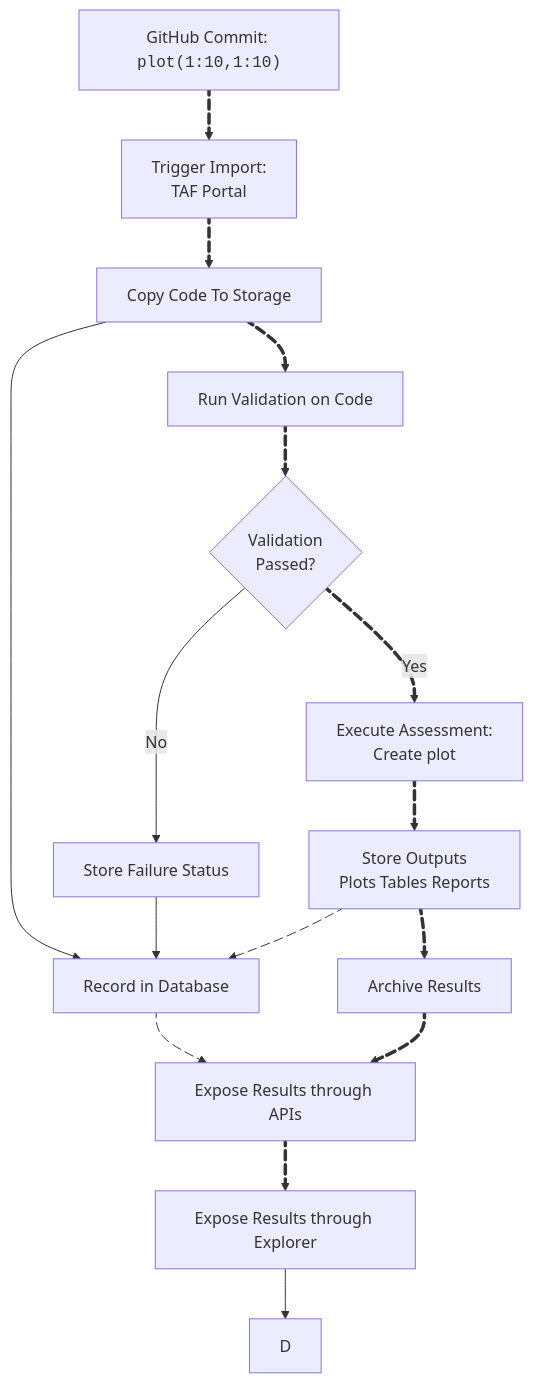
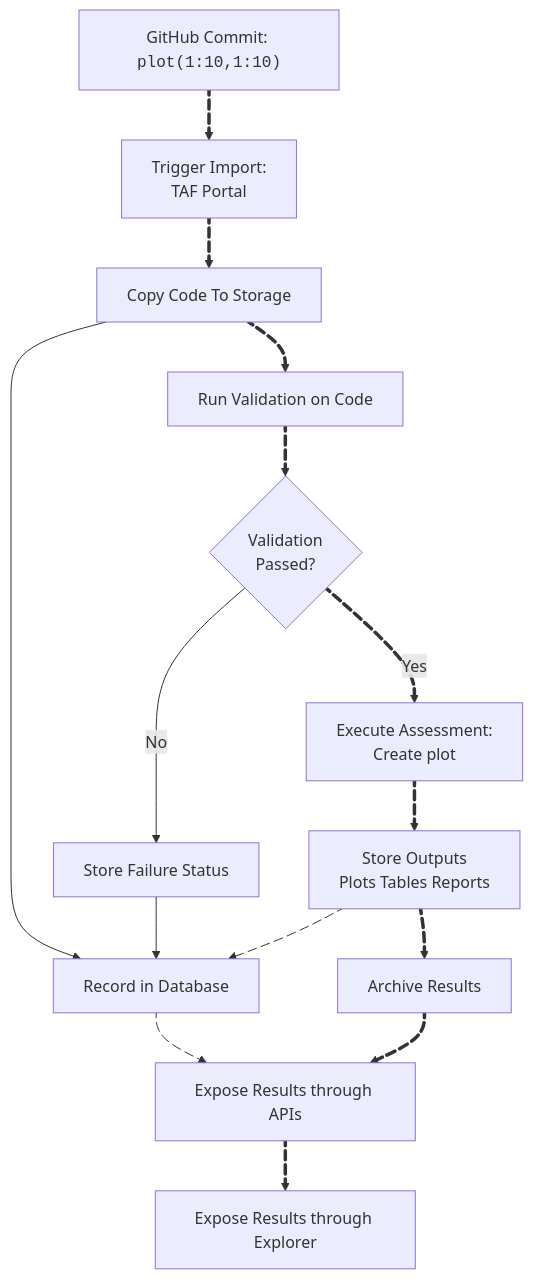
The diagram in architecture/03_architecture_process_workflow.md (ices-eg/wg_WGTAFGOV), drawn with Mermaid before and after one commit.

Commit message:
links dont work on github yet

````diff
--- a/architecture/03_architecture_process_workflow.md
+++ b/architecture/03_architecture_process_workflow.md
@@ -5,51 +5,47 @@
 ```mermaid
 flowchart TD
 
     Commit["GitHub Commit: <code>plot(1:10,1:10)</code>"]
     Sync[Trigger Import:</br>TAF Portal]
     Copy[Copy Code To Storage]
     Record[Record in Database]
     Check[Run Validation on Code]
     Decision{Validation<br/>Passed?}
     Fail[Store Failure Status]
     Run[Execute Assessment:</br>Create plot]
     Outputs["Store Outputs<br/>Plots Tables Reports"]
     Archive[Archive Results]
     Publish["Expose Results through APIs"]
     Xplorer["Expose Results through Explorer"]
 
     Commit e1@==> Sync
     Sync e2@==> Copy
     Copy --> Record
     Copy e3@==> Check
 
     Check e4@==> Decision
 
     Decision -- No --> Fail --> Record
     Outputs e10@--> Record
 
     Decision e5@== Yes ==> Run
     Run e6@==> Outputs
     Outputs e7@==> Archive
     Archive e8@==> Publish
     Publish e9@==> Xplorer
 
     Record e11@--> Publish
 
     e1@{ animate: true }
     e2@{ animate: true }
     e3@{ animate: true }
     e4@{ animate: true }
     e5@{ animate: true }
     e6@{ animate: true }
     e7@{ animate: true }
     e8@{ animate: true }
     e9@{ animate: true }
 
     e10@{ animate: true }
     e11@{ animate: true }
-
-    click D href "https://www.github.com/ices-taf" "Open this in a new tab" _blank
-
-    Xplorer --> D
   ```
````
